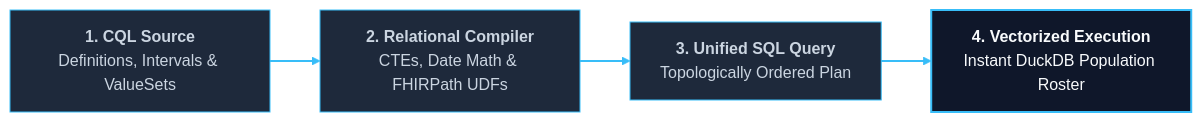
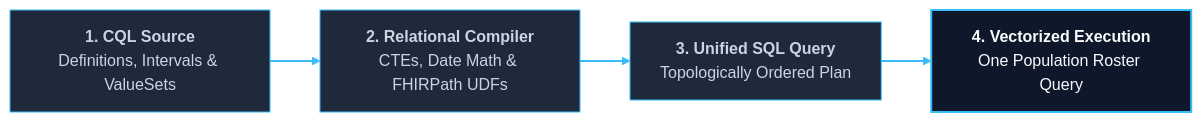
Before and after one commit to fhir4ds/fhir4ds: the diagram in web/website/blog/2026-11-15-cql-to-sql-translation.mdx, drawn with Mermaid. The commit also changed other lines of this file, not shown here.

````diff
--- a/web/website/blog/2026-11-15-cql-to-sql-translation.mdx
+++ b/web/website/blog/2026-11-15-cql-to-sql-translation.mdx
@@ -63,12 +43,12 @@
 ```mermaid
 flowchart LR
     A["<b>1. CQL Source</b><br/>Definitions, Intervals & ValueSets"] 
     --> B["<b>2. Relational Compiler</b><br/>CTEs, Date Math & FHIRPath UDFs"] 
     --> C["<b>3. Unified SQL Query</b><br/>Topologically Ordered Plan"] 
-    --> D["<b>4. Vectorized Execution</b><br/>Instant DuckDB Population Roster"]
+    --> D["<b>4. Vectorized Execution</b><br/>One Population Roster Query"]
 
     classDef default fill:#1e293b,stroke:#38bdf8,color:#cbd5e1,stroke-width:1px
     classDef highlight fill:#0f172a,stroke:#38bdf8,color:#f8fafc,stroke-width:2px
     class D highlight
     linkStyle default stroke:#38bdf8,stroke-width:2px
 ```
````
